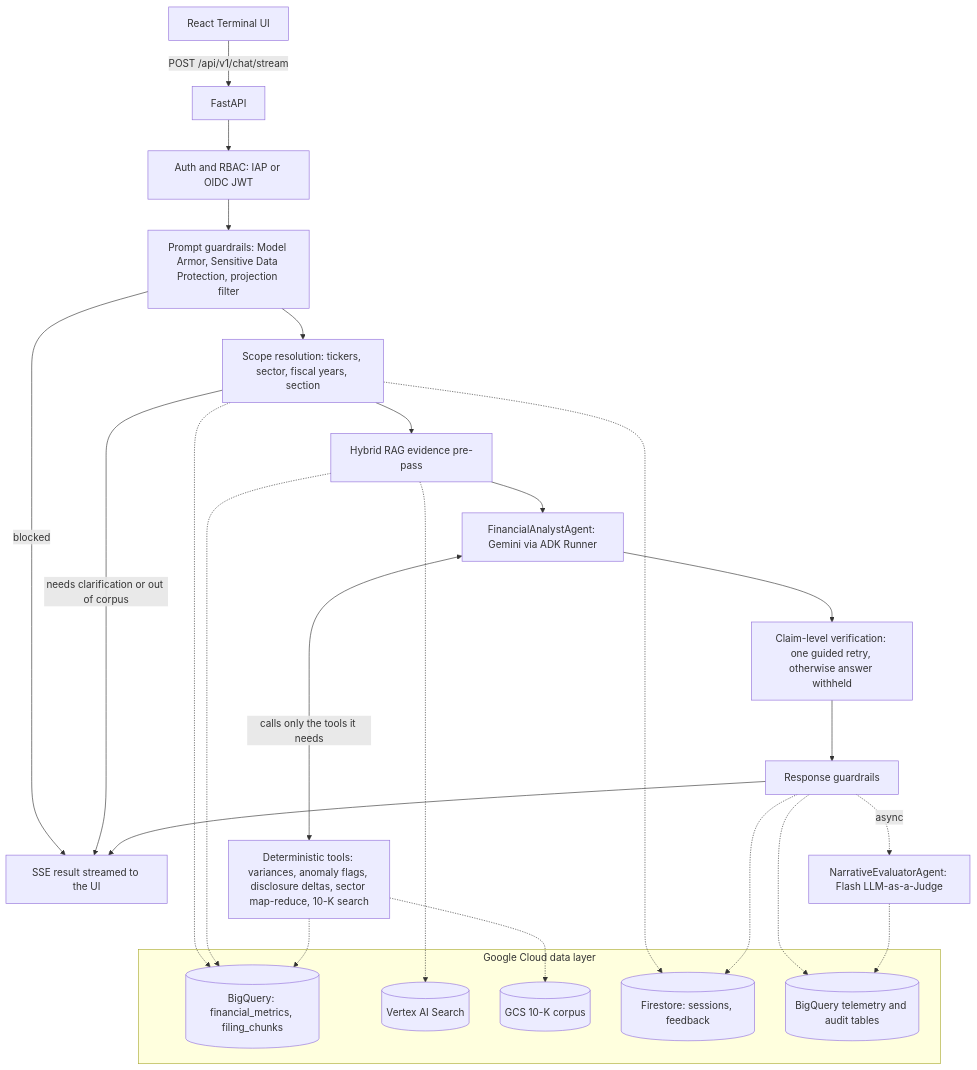
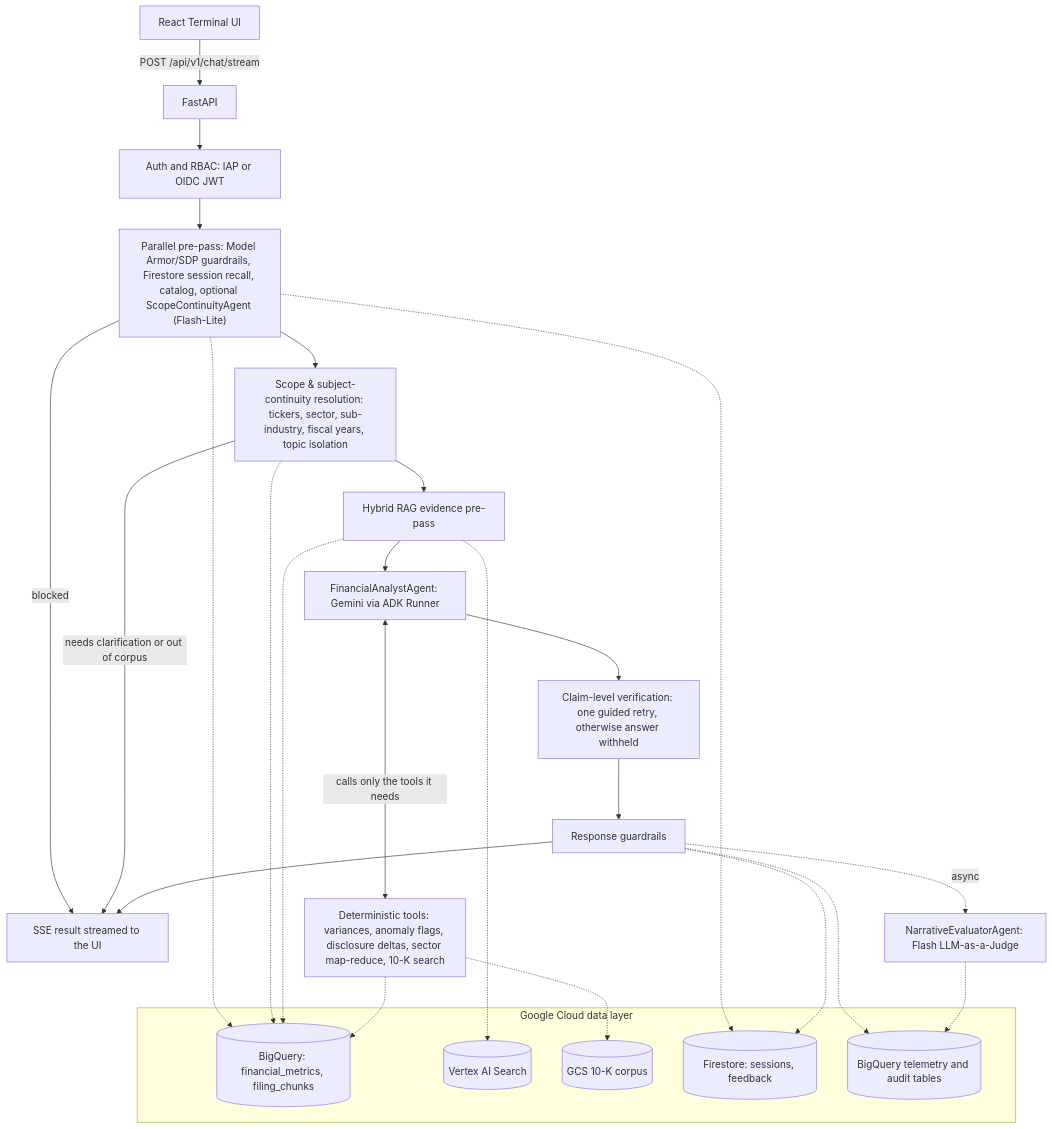
One commit to jackbetcher-work/edgar_capstone changed the diagram in README.md. Above: the diagram before and after it, drawn with Mermaid. The commit also changed other lines of this file and 13 other files, not shown here.

````diff
--- a/README.md
+++ b/README.md
@@ -14,34 +14,35 @@
 ```mermaid
 flowchart TD
     UI["React Terminal UI"] -->|"POST /api/v1/chat/stream"| API["FastAPI"]
     API --> AUTH["Auth and RBAC: IAP or OIDC JWT"]
-    AUTH --> PG["Prompt guardrails: Model Armor, Sensitive Data Protection, projection filter"]
-    PG -->|blocked| OUT
-    PG --> SCOPE["Scope resolution: tickers, sector, fiscal years, section"]
+    AUTH --> PRE["Parallel pre-pass: Model Armor/SDP guardrails, Firestore session recall, catalog, optional ScopeContinuityAgent (Flash-Lite)"]
+    PRE -->|blocked| OUT
+    PRE --> SCOPE["Scope & subject-continuity resolution: tickers, sector, sub-industry, fiscal years, topic isolation"]
     SCOPE -->|"needs clarification or out of corpus"| OUT
     SCOPE --> RAG["Hybrid RAG evidence pre-pass"]
     RAG --> AGENT["FinancialAnalystAgent: Gemini via ADK Runner"]
     AGENT <-->|"calls only the tools it needs"| TOOLS["Deterministic tools: variances, anomaly flags, disclosure deltas, sector map-reduce, 10-K search"]
     AGENT --> VERIFY["Claim-level verification: one guided retry, otherwise answer withheld"]
     VERIFY --> RG["Response guardrails"]
     RG --> OUT["SSE result streamed to the UI"]
     RG -.->|async| JUDGE["NarrativeEvaluatorAgent: Flash LLM-as-a-Judge"]
 
     subgraph GCP["Google Cloud data layer"]
         BQ[("BigQuery: financial_metrics, filing_chunks")]
         VAS[("Vertex AI Search")]
         GCS[("GCS 10-K corpus")]
         FS[("Firestore: sessions, feedback")]
         TEL[("BigQuery telemetry and audit tables")]
     end
 
-    SCOPE -.-> FS
+    PRE -.-> FS
+    PRE -.-> BQ
     SCOPE -.-> BQ
     RAG -.-> BQ
     RAG -.-> VAS
     TOOLS -.-> BQ
     TOOLS -.-> GCS
     RG -.-> FS
     RG -.-> TEL
     JUDGE -.-> TEL
 ```
````
